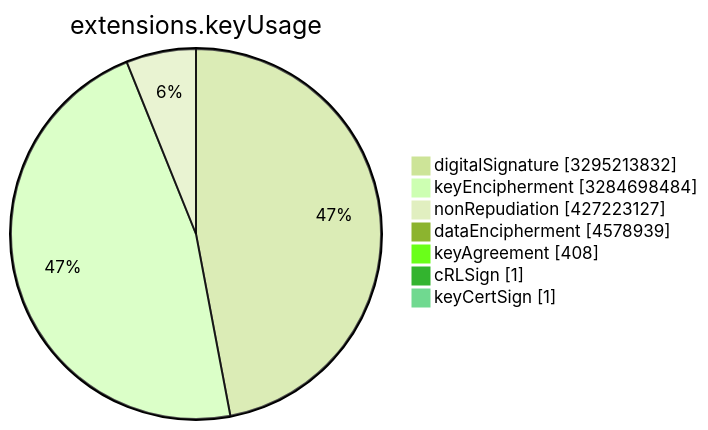
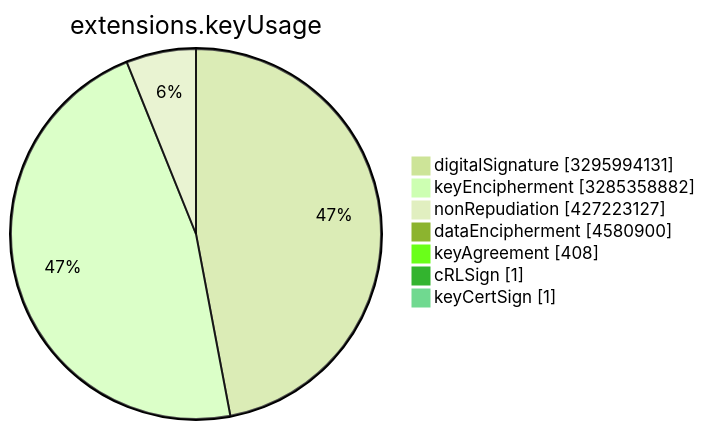
One commit to christiankrug/ctmonitor_visualization changed the sixth of 15 diagrams in TOTAL/README.md. Above: the diagram before and after it, drawn with Mermaid (forest theme). The commit also changed other lines of this file, not shown here.

````diff
--- a/TOTAL/README.md
+++ b/TOTAL/README.md
@@ -3078,11 +3078,11 @@
 ```mermaid
 pie showData
 title extensions.keyUsage
-"digitalSignature" :3295213832
-"keyEncipherment" :3284698484
+"digitalSignature" :3295994131
+"keyEncipherment" :3285358882
 "nonRepudiation" :427223127
-"dataEncipherment" :4578939
+"dataEncipherment" :4580900
 "keyAgreement" :408
 "cRLSign" :1
 "keyCertSign" :1
 ```
````
